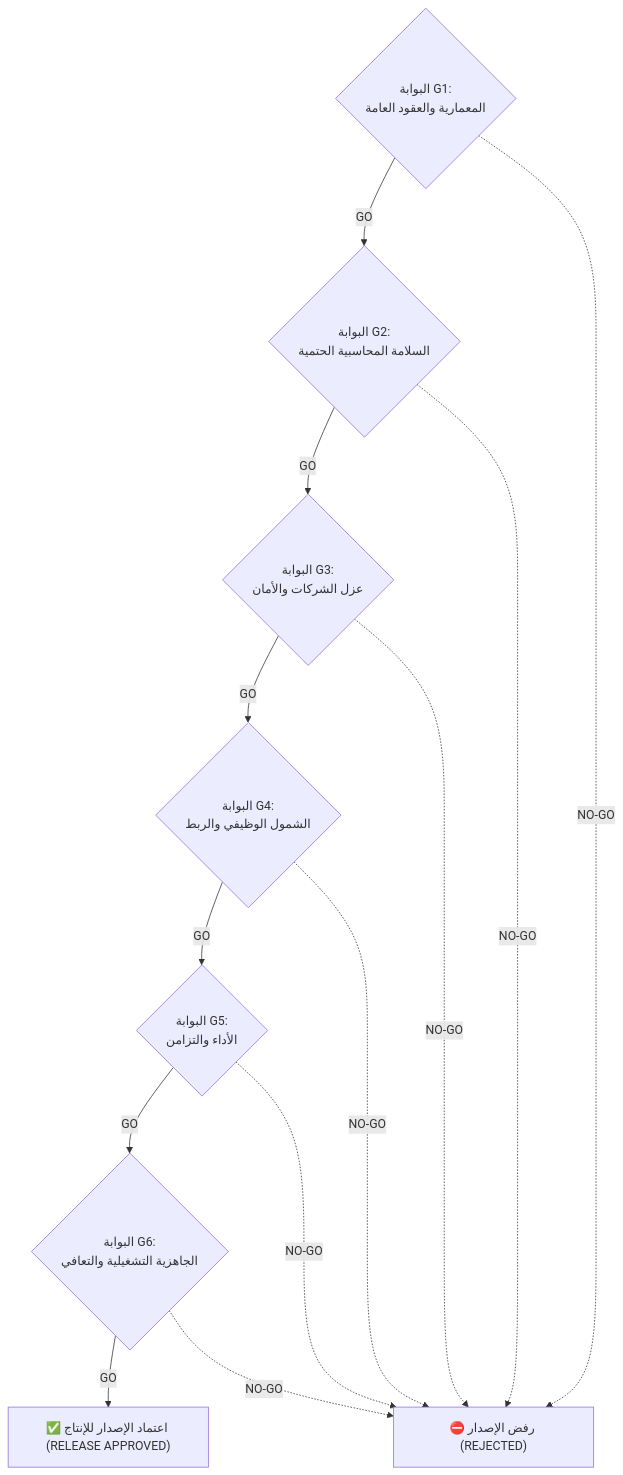
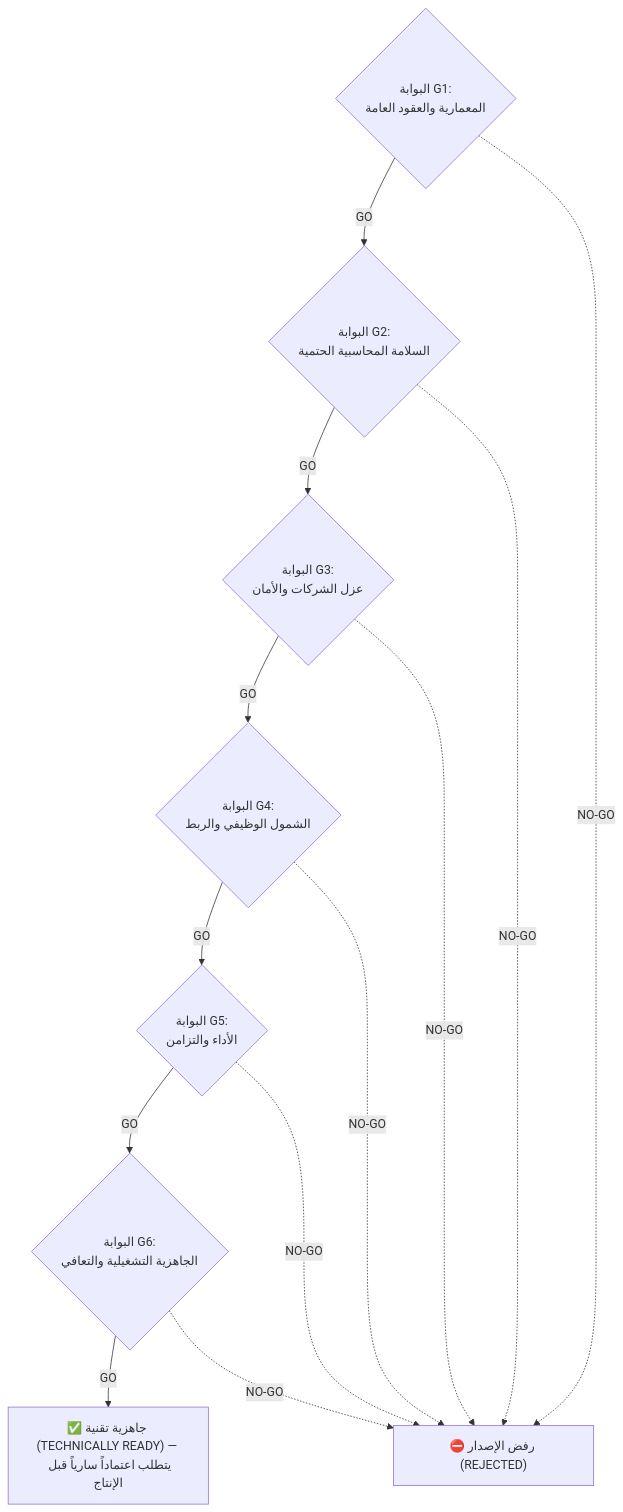
Before and after one commit to osmai4603-collab/accountant_engine: the diagram in docs/rules/ACCOUNTING_ENGINE_ACCEPTANCE_CRITERIA.md, drawn with Mermaid. The commit also changed other lines of this file and 155 other files, not shown here.

````diff
--- a/docs/rules/ACCOUNTING_ENGINE_ACCEPTANCE_CRITERIA.md
+++ b/docs/rules/ACCOUNTING_ENGINE_ACCEPTANCE_CRITERIA.md
@@ -137,16 +139,16 @@
 ```mermaid
 flowchart TD
     G1{"البوابة G1:\nالمعمارية والعقود العامة"} -->|GO| G2{"البوابة G2:\nالسلامة المحاسبية الحتمية"}
     G2 -->|GO| G3{"البوابة G3:\nعزل الشركات والأمان"}
     G3 -->|GO| G4{"البوابة G4:\nالشمول الوظيفي والربط"}
     G4 -->|GO| G5{"البوابة G5:\nالأداء والتزامن"}
     G5 -->|GO| G6{"البوابة G6:\nالجاهزية التشغيلية والتعافي"}
-    G6 -->|GO| PASS["✅ اعتماد الإصدار للإنتاج (RELEASE APPROVED)"]
+    G6 -->|GO| PASS["✅ جاهزية تقنية (TECHNICALLY READY) — يتطلب اعتماداً سارياً قبل الإنتاج"]
 
     G1 -.->|NO-GO| FAIL["⛔ رفض الإصدار (REJECTED)"]
     G2 -.->|NO-GO| FAIL
     G3 -.->|NO-GO| FAIL
     G4 -.->|NO-GO| FAIL
     G5 -.->|NO-GO| FAIL
     G6 -.->|NO-GO| FAIL
 ```
````
